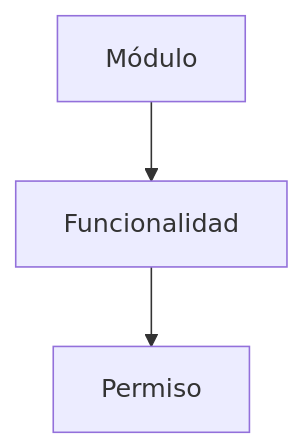
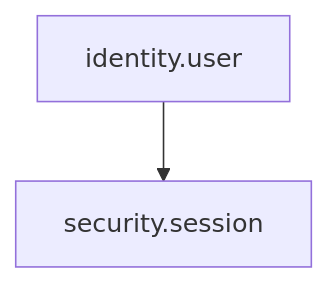
One commit to chirijose79-ui/Chiri changed the third of 5 diagrams in docs/210_BaseDatos_Implementacion.md. Above: the diagram before and after it, drawn with Mermaid. The commit also changed other lines of this file, not shown here.

Commit message:
docs(database): add database implementation architecture

````diff
--- a/docs/210_BaseDatos_Implementacion.md
+++ b/docs/210_BaseDatos_Implementacion.md
@@ -128,9 +237,8 @@
-```mermaid id="w6n2qm"
+```mermaid
 flowchart TD
-    Modulo --> Funcionalidad
-    Funcionalidad --> Permiso
 
-    Modulo["Módulo"]
-    Funcionalidad["Funcionalidad"]
-    Permiso["Permiso"]
+    User["identity.user"]
+    Session["security.session"]
+
+    User --> Session
 ```
````
